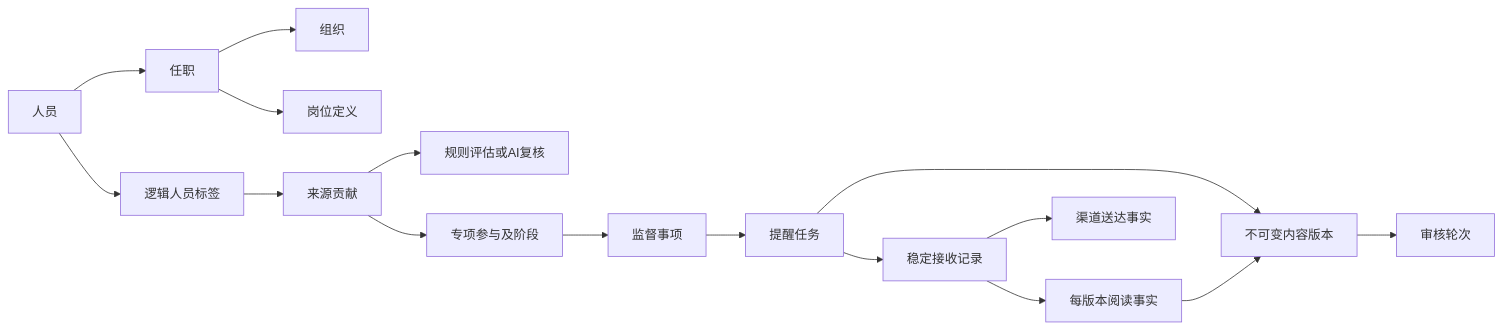
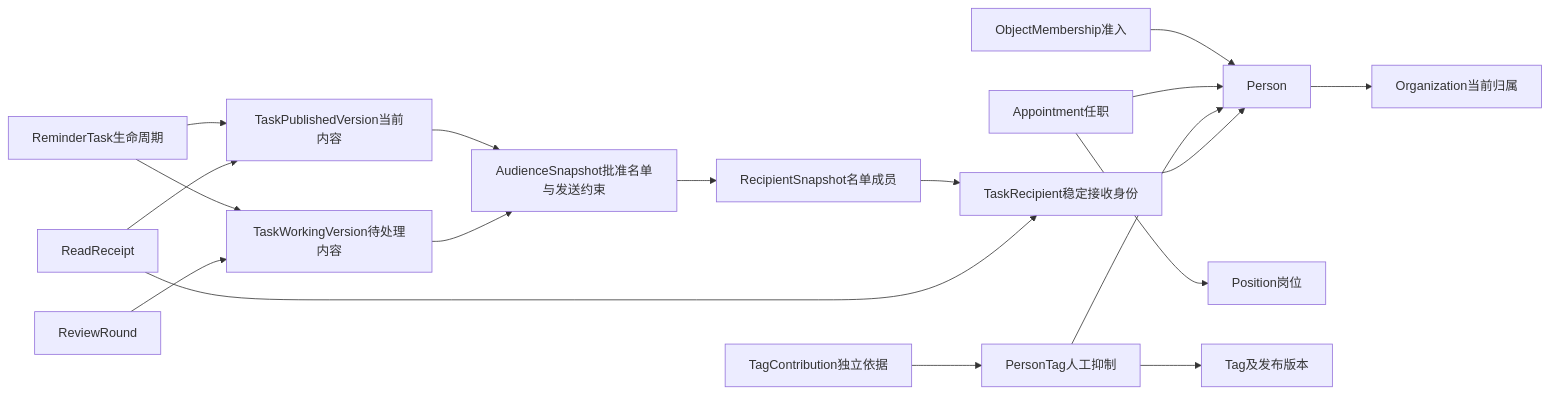
The diagram in domain-pack/README.md (caochun/mirror), drawn with Mermaid before and after one commit. The commit also changed other lines of this file and 224 other files, not shown here.

````diff
--- a/domain-pack/README.md
+++ b/domain-pack/README.md
@@ -30,18 +50,20 @@
 ```mermaid
 flowchart LR
-  P[人员] --> A[任职]
-  A --> O[组织]
-  A --> J[岗位定义]
-  P --> T[逻辑人员标签]
-  T --> C[来源贡献]
-  C --> E[规则评估或AI复核]
-  C --> S[专项参与及阶段]
-  S --> M[监督事项]
-  M --> R[提醒任务]
-  R --> V[不可变内容版本]
-  R --> Q[稳定接收记录]
-  V --> H[审核轮次]
-  Q --> D[渠道送达事实]
-  Q --> W[每版本阅读事实]
-  W --> V
+    M[ObjectMembership准入] --> P[Person]
+    P --> O[Organization当前归属]
+    A[Appointment任职] --> P
+    A --> J[Position岗位]
+    PT[PersonTag人工抑制] --> P
+    C[TagContribution独立依据] --> PT
+    PT --> T[Tag及发布版本]
+    TASK[ReminderTask生命周期] --> PUB[TaskPublishedVersion当前内容]
+    TASK --> WORK[TaskWorkingVersion待处理内容]
+    PUB --> AUD[AudienceSnapshot批准名单与发送约束]
+    WORK --> AUD
+    AUD --> SNAP[RecipientSnapshot名单成员]
+    SNAP --> REC[TaskRecipient稳定接收身份]
+    REC --> P
+    REVIEW[ReviewRound] --> WORK
+    READ[ReadReceipt] --> PUB
+    READ --> REC
 ```
````
